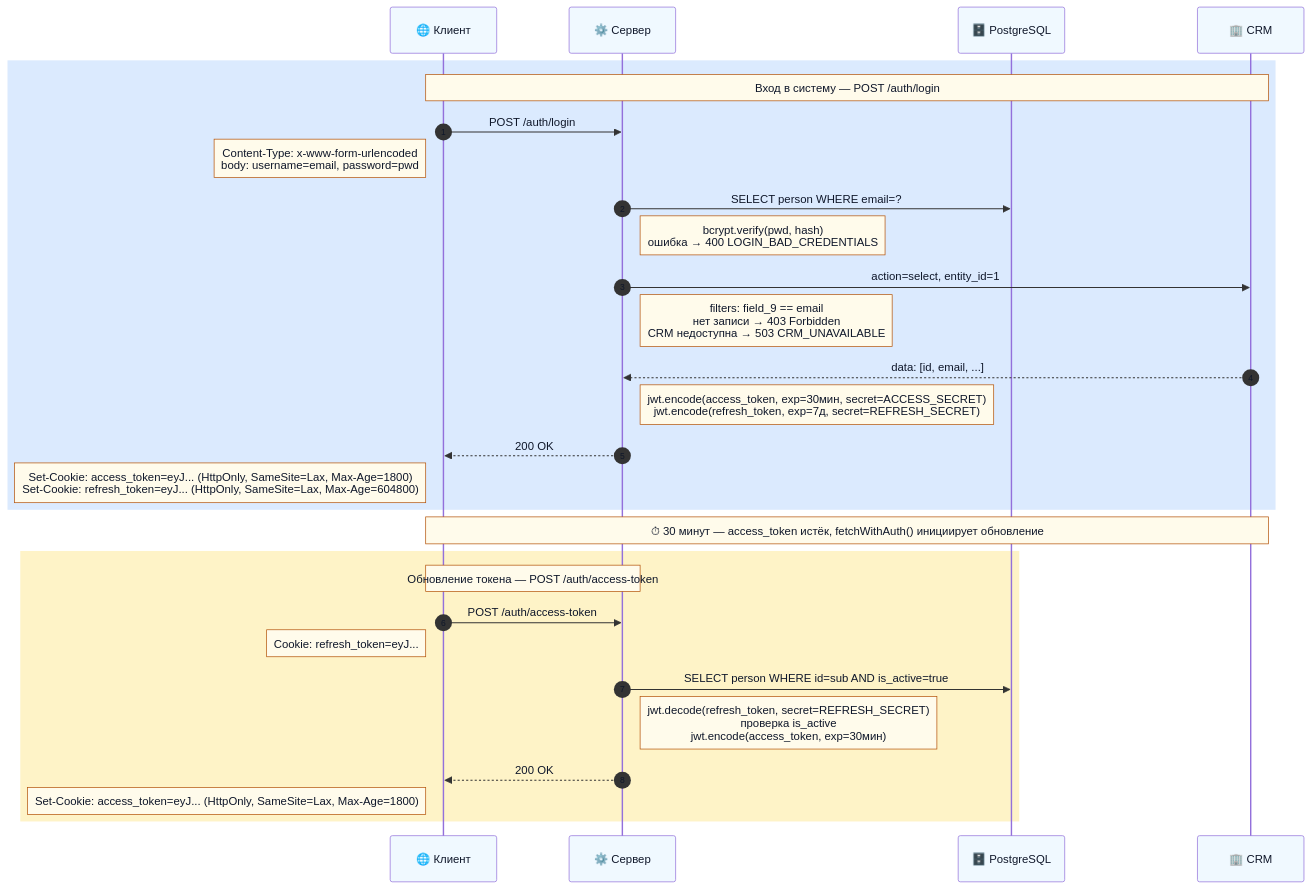
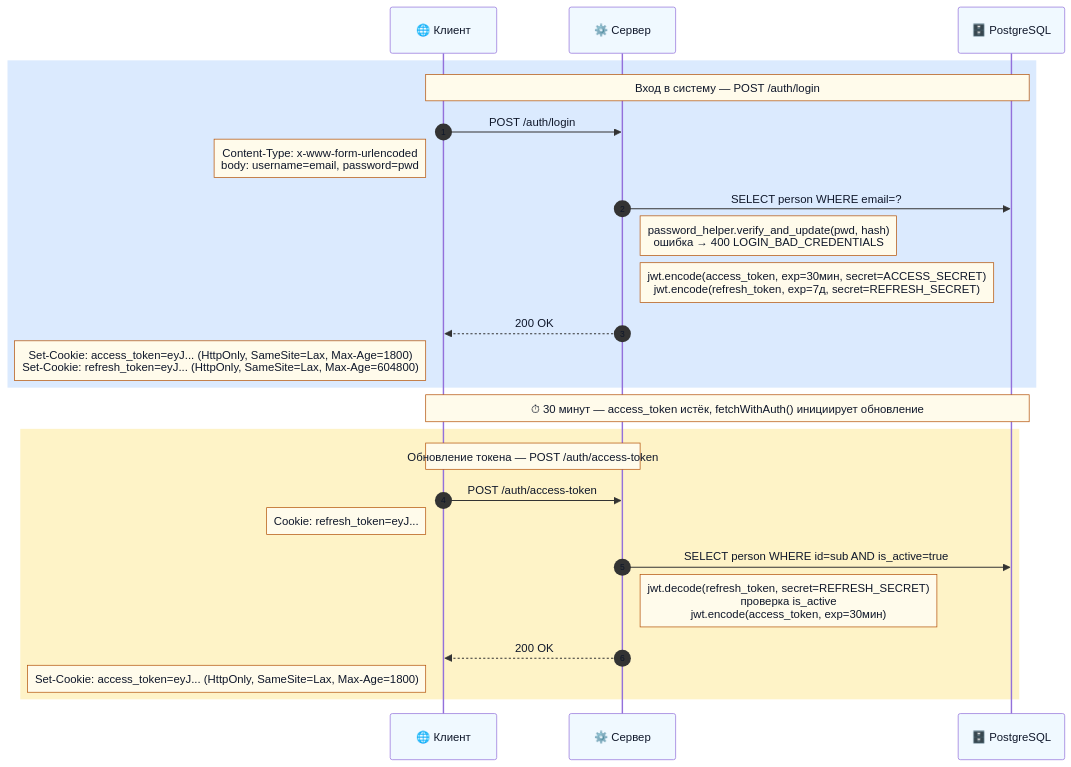
Before and after one commit to bodyauza/task-manager: the seventh of 7 diagrams in README.md, drawn with Mermaid. The commit also changed other lines of this file and 137 other files, not shown here.

````diff
--- a/README.md
+++ b/README.md
@@ -208,35 +432,31 @@
 ```mermaid
 %%{init: {'theme': 'default', 'themeVariables': {'noteTextColor': '#0f172a', 'noteBkgColor': '#fffbeb', 'noteBorderColor': '#b45309', 'signalTextColor': '#0f172a', 'actorTextColor': '#0f172a', 'actorBkg': '#f0f9ff', 'actorBorderColor': '#0284c7', 'labelTextColor': '#0f172a', 'sequenceNumberColor': '#0f172a'}}}%%
 sequenceDiagram
     autonumber
     participant C as 🌐 Клиент
     participant S as ⚙️ Сервер
     participant D as 🗄️ PostgreSQL
-    participant R as 🏢 CRM
 
     rect rgb(219, 234, 254)
-        Note over C,R: Вход в систему — POST /auth/login
+        Note over C,D: Вход в систему — POST /auth/login
         C->>S: POST /auth/login
         Note left of C: Content-Type: x-www-form-urlencoded<br/>body: username=email, password=pwd
         S->>D: SELECT person WHERE email=?
-        Note right of S: bcrypt.verify(pwd, hash)<br/>ошибка → 400 LOGIN_BAD_CREDENTIALS
-        S->>R: action=select, entity_id=1
-        Note right of S: filters: field_9 == email<br/>нет записи → 403 Forbidden<br/>CRM недоступна → 503 CRM_UNAVAILABLE
-        R-->>S: data: [id, email, ...]
+        Note right of S: password_helper.verify_and_update(pwd, hash)<br/>ошибка → 400 LOGIN_BAD_CREDENTIALS
         Note right of S: jwt.encode(access_token, exp=30мин, secret=ACCESS_SECRET)<br/>jwt.encode(refresh_token, exp=7д, secret=REFRESH_SECRET)
         S-->>C: 200 OK
         Note left of C: Set-Cookie: access_token=eyJ... (HttpOnly, SameSite=Lax, Max-Age=1800)<br/>Set-Cookie: refresh_token=eyJ... (HttpOnly, SameSite=Lax, Max-Age=604800)
     end
 
-    Note over C,R: ⏱ 30 минут — access_token истёк, fetchWithAuth() инициирует обновление
+    Note over C,D: ⏱ 30 минут — access_token истёк, fetchWithAuth() инициирует обновление
 
     rect rgb(254, 243, 199)
         Note over C,S: Обновление токена — POST /auth/access-token
         C->>S: POST /auth/access-token
         Note left of C: Cookie: refresh_token=eyJ...
         S->>D: SELECT person WHERE id=sub AND is_active=true
         Note right of S: jwt.decode(refresh_token, secret=REFRESH_SECRET)<br/>проверка is_active<br/>jwt.encode(access_token, exp=30мин)
         S-->>C: 200 OK
         Note left of C: Set-Cookie: access_token=eyJ... (HttpOnly, SameSite=Lax, Max-Age=1800)
     end
 ```
````
